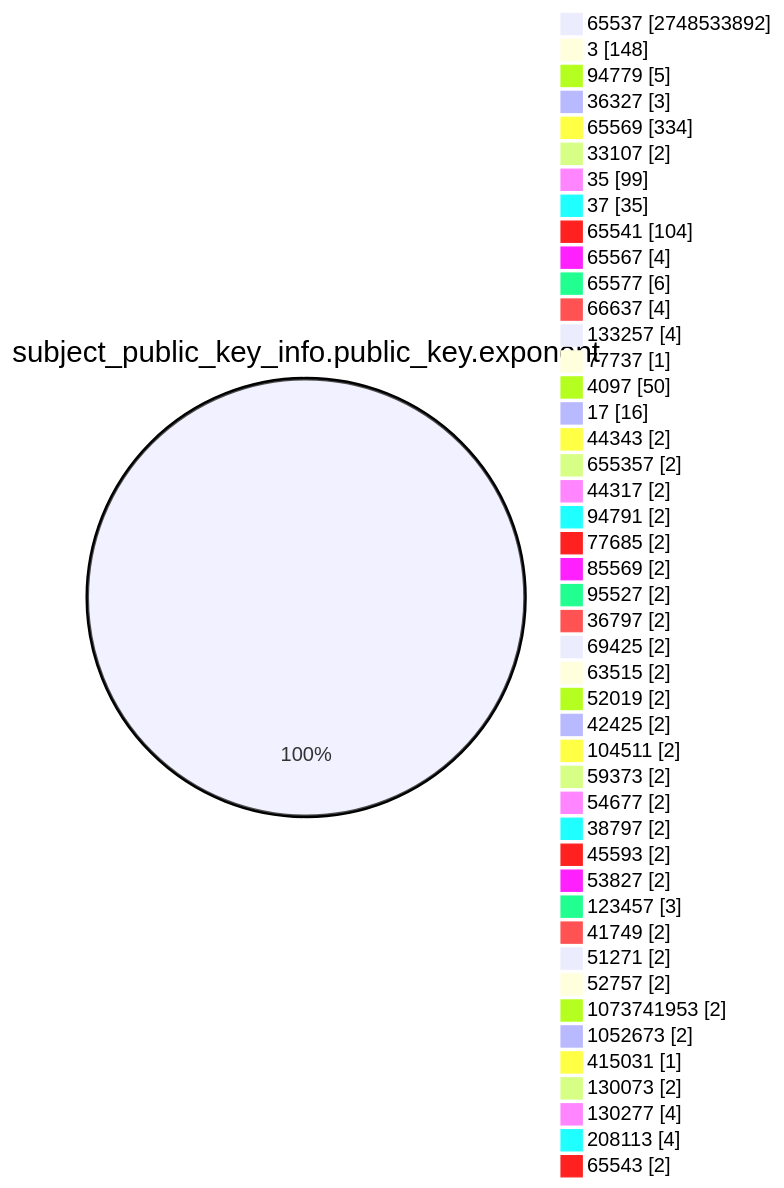
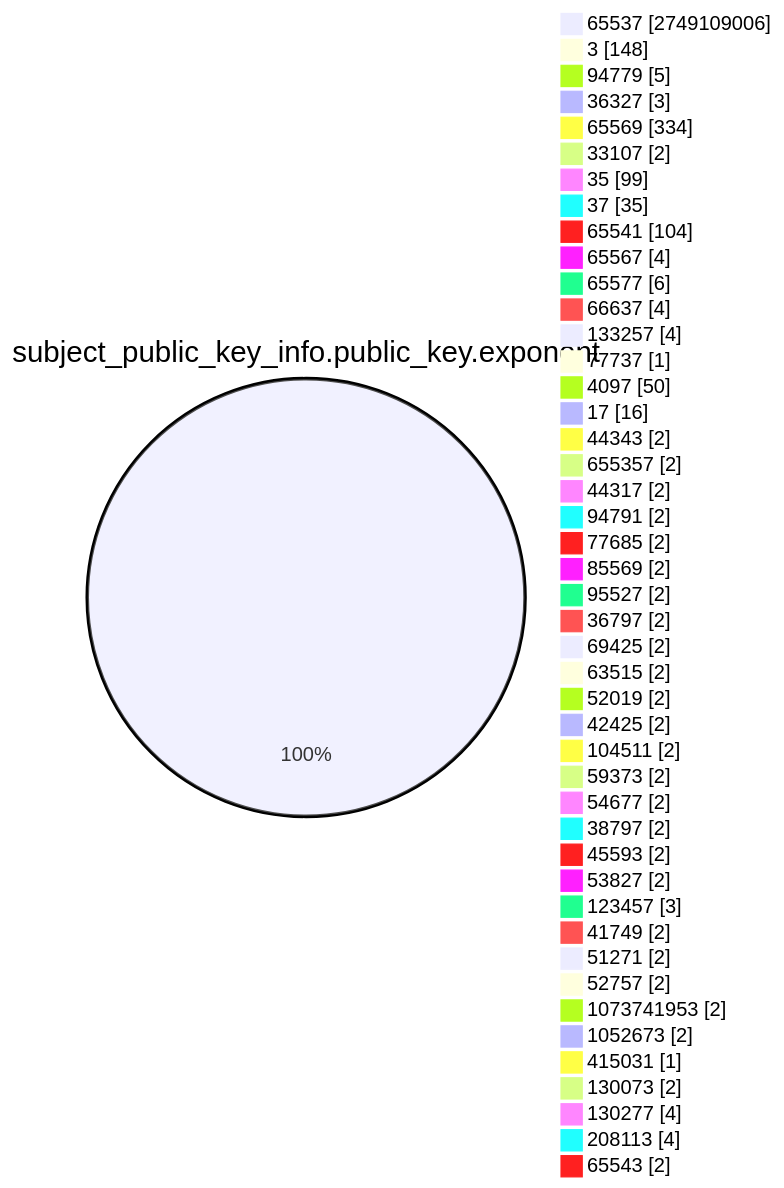
Before and after one commit to christiankrug/ctmonitor_visualization: the fourth of 15 diagrams in TOTAL/README.md, drawn with Mermaid. The commit also changed other lines of this file, not shown here.

````diff
--- a/TOTAL/README.md
+++ b/TOTAL/README.md
@@ -1467,49 +1467,49 @@
 ```mermaid
 pie showData
 title subject_public_key_info.public_key.exponent
-"65537" :2748533892
+"65537" :2749109006
 "3" :148
 "94779" :5
 "36327" :3
 "65569" :334
 "33107" :2
 "35" :99
 "37" :35
 "65541" :104
 "65567" :4
 "65577" :6
 "66637" :4
 "133257" :4
 "77737" :1
 "4097" :50
 "17" :16
 "44343" :2
 "655357" :2
 "44317" :2
 "94791" :2
 "77685" :2
 "85569" :2
 "95527" :2
 "36797" :2
 "69425" :2
 "63515" :2
 "52019" :2
 "42425" :2
 "104511" :2
 "59373" :2
 "54677" :2
 "38797" :2
 "45593" :2
 "53827" :2
 "123457" :3
 "41749" :2
 "51271" :2
 "52757" :2
 "1073741953" :2
 "1052673" :2
 "415031" :1
 "130073" :2
 "130277" :4
 "208113" :4
 "65543" :2
 ```
````
